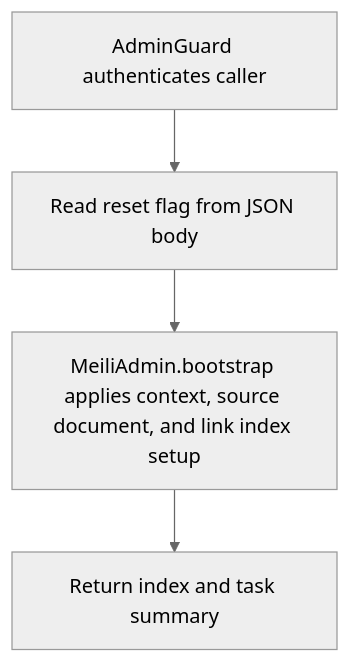
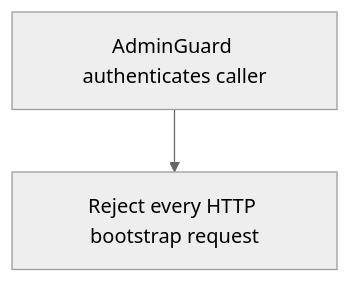
Before and after one commit to dickwu/nowledge: the diagram in doc/api/post_v1_admin_bootstrap.md, drawn with Mermaid (neutral theme). The commit also changed other lines of this file and 19 other files, not shown here.

````diff
--- a/doc/api/post_v1_admin_bootstrap.md
+++ b/doc/api/post_v1_admin_bootstrap.md
@@ -46,10 +44,6 @@
 ```mermaid
 flowchart TD
   n0["AdminGuard authenticates caller"]
-  n1["Read reset flag from JSON body"]
-  n2["MeiliAdmin.bootstrap applies context, source document, and link index setup"]
-  n3["Return index and task summary"]
+  n1["Reject every HTTP bootstrap request"]
   n0 --> n1
-  n1 --> n2
-  n2 --> n3
 ```
````
